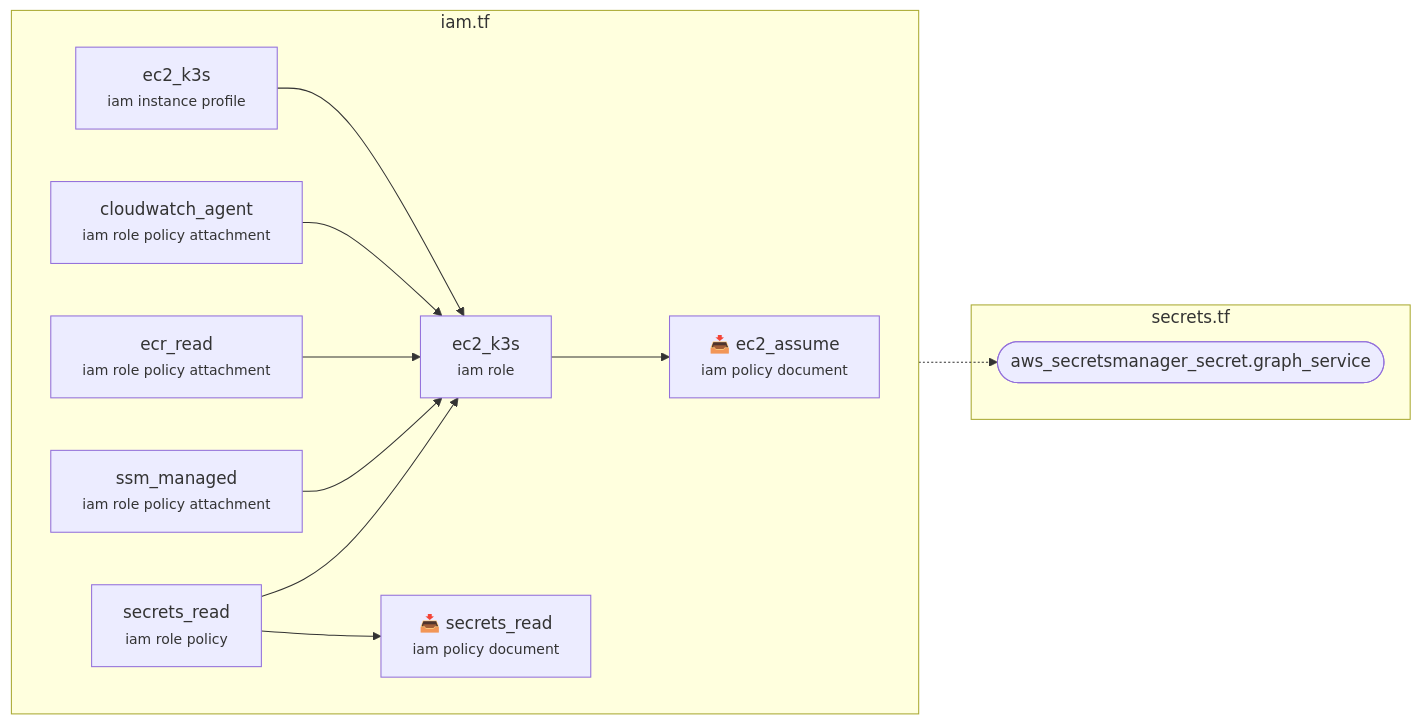
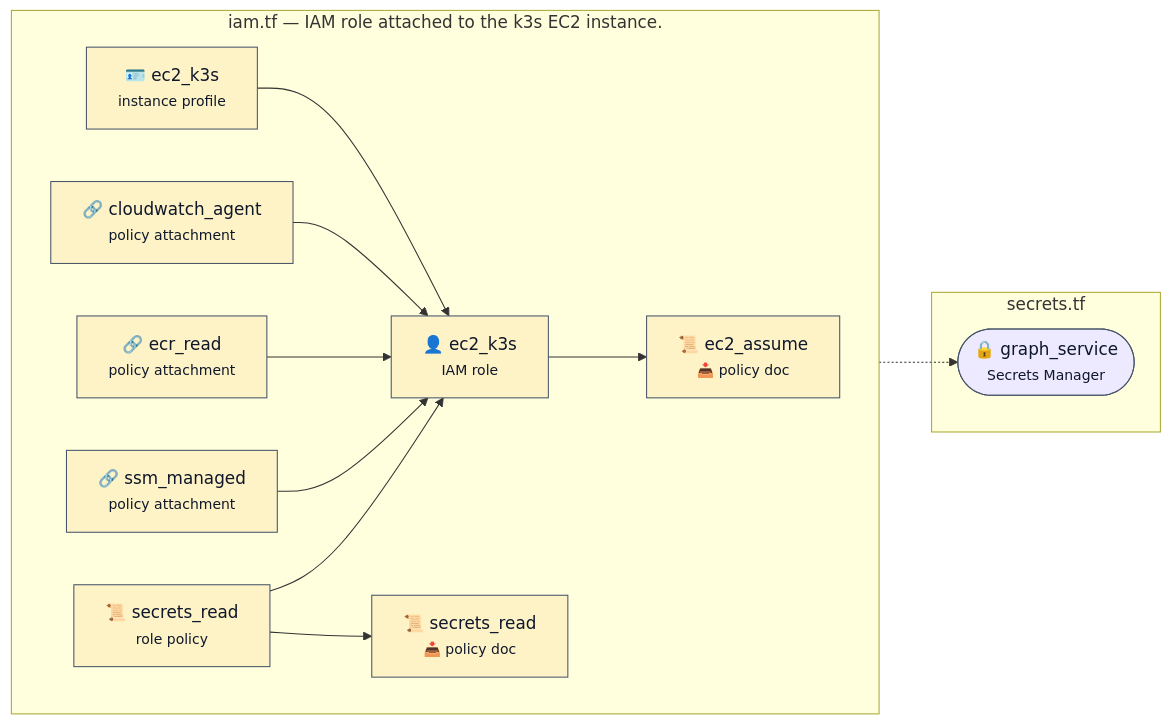
Before and after one commit to macamp0328/liner-notes: the diagram in infra/diagrams/per-file/iam.mmd, drawn with Mermaid. The commit also changed 11 other files, not shown here.

First line of the commit message:
docs(diagrams): enrich per-file Mermaid + redesign request-flow (#149)

```diff
--- a/infra/diagrams/per-file/iam.mmd
+++ b/infra/diagrams/per-file/iam.mmd
@@ -1,25 +1,27 @@
 %% Auto-generated by scripts/diagrams/generate.ts — do not edit by hand.
 %% Source: infra/terraform/iam.tf
 flowchart LR
-  subgraph this["iam.tf"]
+  classDef iam fill:#fef3c7,stroke:#475569,color:#0f172a
+  classDef secrets fill:#ede9fe,stroke:#475569,color:#0f172a
+  subgraph this["iam.tf — IAM role attached to the k3s EC2 instance."]
     direction LR
-    data_aws_iam_policy_document_ec2_assume["📥 ec2_assume<br/><small>iam policy document</small>"]
-    aws_iam_role_ec2_k3s["ec2_k3s<br/><small>iam role</small>"]
-    aws_iam_role_policy_attachment_ecr_read["ecr_read<br/><small>iam role policy attachment</small>"]
-    aws_iam_role_policy_attachment_ssm_managed["ssm_managed<br/><small>iam role policy attachment</small>"]
-    aws_iam_role_policy_attachment_cloudwatch_agent["cloudwatch_agent<br/><small>iam role policy attachment</small>"]
-    data_aws_iam_policy_document_secrets_read["📥 secrets_read<br/><small>iam policy document</small>"]
-    aws_iam_role_policy_secrets_read["secrets_read<br/><small>iam role policy</small>"]
-    aws_iam_instance_profile_ec2_k3s["ec2_k3s<br/><small>iam instance profile</small>"]
+    data_aws_iam_policy_document_ec2_assume["📜 ec2_assume<br/><small>📥 policy doc</small>"]:::iam
+    aws_iam_role_ec2_k3s["👤 ec2_k3s<br/><small>IAM role</small>"]:::iam
+    aws_iam_role_policy_attachment_ecr_read["🔗 ecr_read<br/><small>policy attachment</small>"]:::iam
+    aws_iam_role_policy_attachment_ssm_managed["🔗 ssm_managed<br/><small>policy attachment</small>"]:::iam
+    aws_iam_role_policy_attachment_cloudwatch_agent["🔗 cloudwatch_agent<br/><small>policy attachment</small>"]:::iam
+    data_aws_iam_policy_document_secrets_read["📜 secrets_read<br/><small>📥 policy doc</small>"]:::iam
+    aws_iam_role_policy_secrets_read["📜 secrets_read<br/><small>role policy</small>"]:::iam
+    aws_iam_instance_profile_ec2_k3s["🪪 ec2_k3s<br/><small>instance profile</small>"]:::iam
   end
   subgraph ext_secrets_tf["secrets.tf"]
-    aws_secretsmanager_secret_graph_service(["aws_secretsmanager_secret.graph_service"])
+    aws_secretsmanager_secret_graph_service(["🔒 graph_service<br/><small>Secrets Manager</small>"]):::secrets
   end
   aws_iam_instance_profile_ec2_k3s --> aws_iam_role_ec2_k3s
   aws_iam_role_policy_attachment_cloudwatch_agent --> aws_iam_role_ec2_k3s
   aws_iam_role_policy_attachment_ecr_read --> aws_iam_role_ec2_k3s
   aws_iam_role_policy_attachment_ssm_managed --> aws_iam_role_ec2_k3s
   aws_iam_role_policy_secrets_read --> aws_iam_role_ec2_k3s
   aws_iam_role_policy_secrets_read --> data_aws_iam_policy_document_secrets_read
   aws_iam_role_ec2_k3s --> data_aws_iam_policy_document_ec2_assume
   data_aws_iam_policy_document_secrets_read -.-> aws_secretsmanager_secret_graph_service
```
